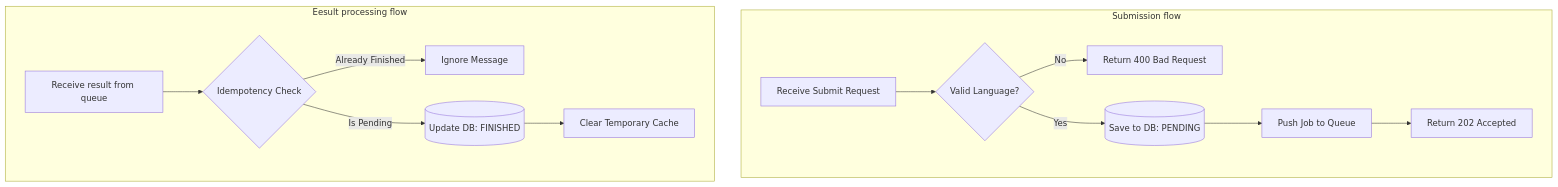
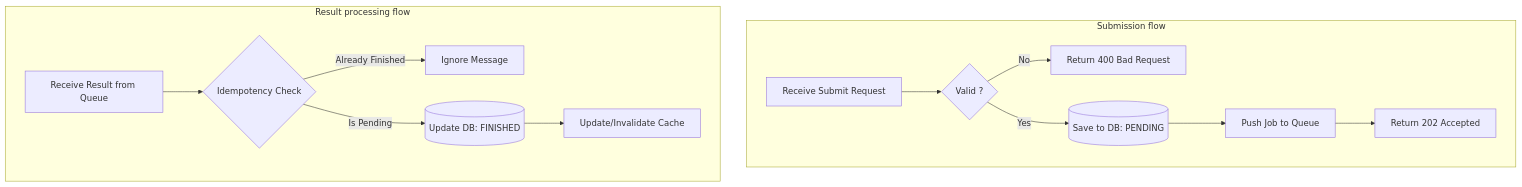
One commit to sson6926/Online-Judge-SOA changed the fifth of 6 diagrams in docs/analysis-and-design.md. Above: the diagram before and after it, drawn with Mermaid. The commit also changed other lines of this file, not shown here.

````diff
--- a/docs/analysis-and-design.md
+++ b/docs/analysis-and-design.md
@@ -259,17 +258,17 @@
 ```mermaid
 flowchart TD
     subgraph "Submission flow"
-        A[Receive Submit Request] --> B{Valid Language?}
+        A[Receive Submit Request] --> B{Valid ?}
         B -- No --> C[Return 400 Bad Request]
         B -- Yes --> D[(Save to DB: PENDING)]
         D --> E[Push Job to Queue]
         E --> F[Return 202 Accepted]
     end
 
-    subgraph "Eesult processing flow"
-        G[Receive result from queue] --> H{Idempotency Check}
+    subgraph "Result processing flow"
+        G[Receive Result from Queue] --> H{Idempotency Check}
         H -- Already Finished --> I[Ignore Message]
         H -- Is Pending --> J[(Update DB: FINISHED)]
-        J --> K[Clear Temporary Cache]
+        J --> K[Update/Invalidate Cache]
     end
 ```
````
